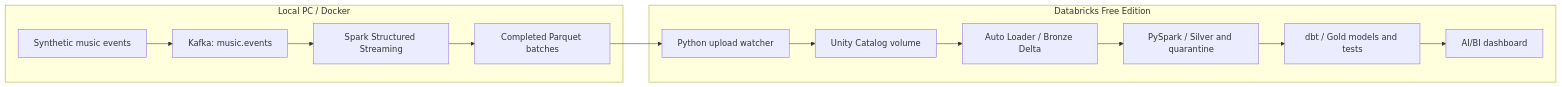
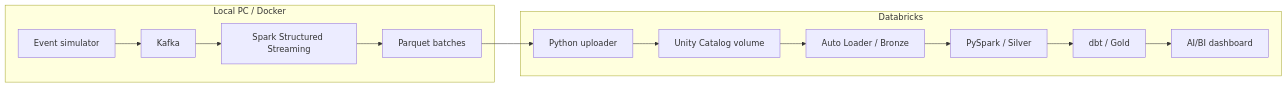
Before and after one commit to hardy07/pulselake: the diagram in README.md, drawn with Mermaid. The commit also changed other lines of this file and 4 other files, not shown here.

````diff
--- a/README.md
+++ b/README.md
@@ -41,16 +17,16 @@
 ```mermaid
 flowchart LR
   subgraph Local[Local PC / Docker]
-    Producer[Synthetic music events] --> Kafka[Kafka: music.events]
+    Generator[Event simulator] --> Kafka[Kafka]
     Kafka --> Spark[Spark Structured Streaming]
-    Spark --> Parquet[Completed Parquet batches]
+    Spark --> Parquet[Parquet batches]
   end
-  Parquet --> Upload[Python upload watcher]
-  subgraph Databricks[Databricks Free Edition]
-    Upload --> Volume[Unity Catalog volume]
-    Volume --> Bronze[Auto Loader / Bronze Delta]
-    Bronze --> Silver[PySpark / Silver and quarantine]
-    Silver --> Gold[dbt / Gold models and tests]
+  Parquet --> Uploader[Python uploader]
+  subgraph Cloud[Databricks]
+    Uploader --> Volume[Unity Catalog volume]
+    Volume --> Bronze[Auto Loader / Bronze]
+    Bronze --> Silver[PySpark / Silver]
+    Silver --> Gold[dbt / Gold]
     Gold --> Dashboard[AI/BI dashboard]
   end
 ```
````
